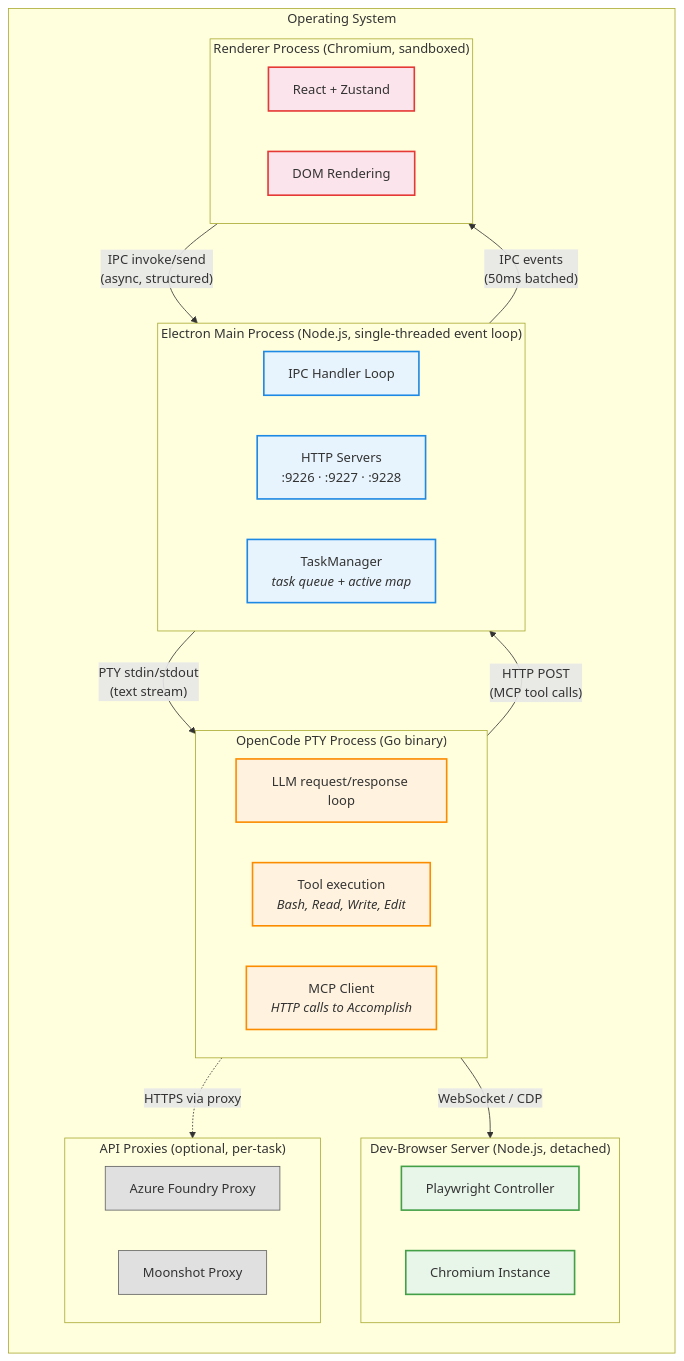
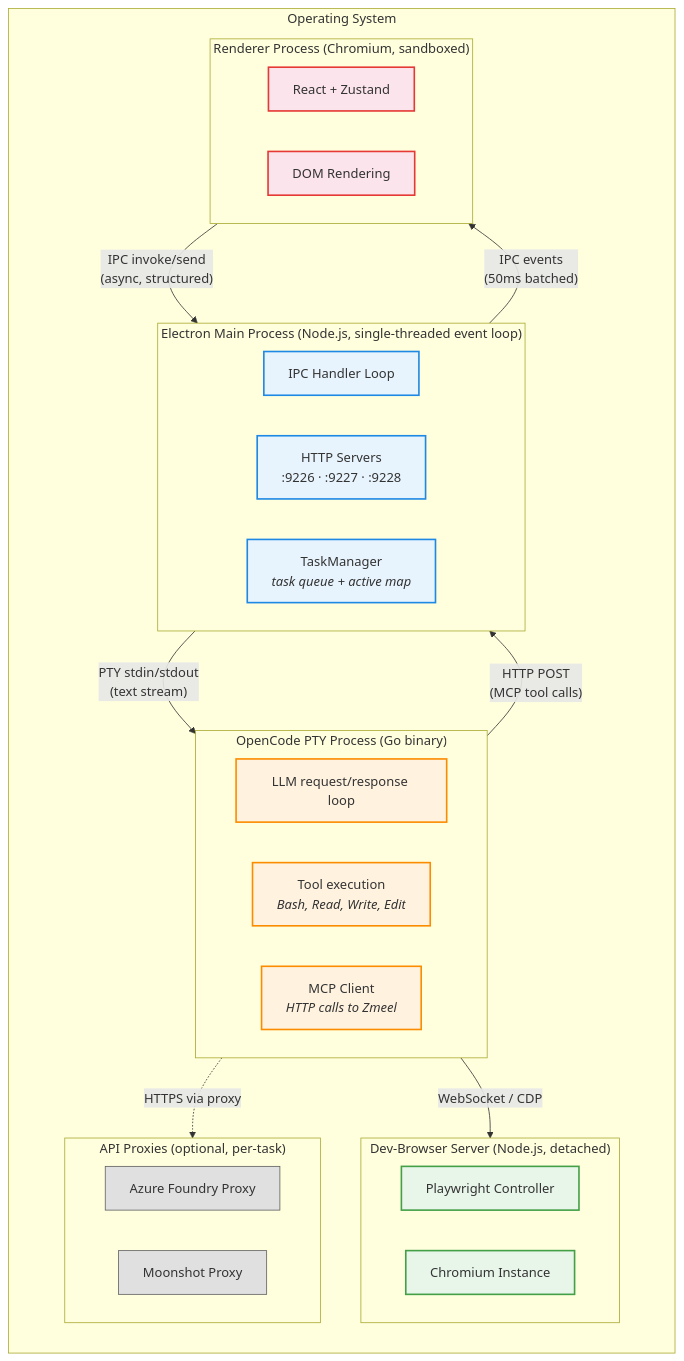
Before and after one commit to samskipsai/zmeelv60: the first of 6 diagrams in docs/concurrency-viewpoint.md, drawn with Mermaid. The commit also changed other lines of this file and 520 other files, not shown here.

First line of the commit message:
rebrand: Accomplish -> Zmeel Desktop

````diff
--- a/docs/concurrency-viewpoint.md
+++ b/docs/concurrency-viewpoint.md
@@ -14,58 +14,58 @@
 ```mermaid
 graph TB
   subgraph OS["Operating System"]
     direction TB
 
     subgraph ELECTRON_PROC["Electron Main Process  (Node.js, single-threaded event loop)"]
       direction LR
       IPC_LOOP["IPC Handler Loop"]
       HTTP_SERVERS["HTTP Servers<br/>:9226 · :9227 · :9228"]
       TASK_MGR["TaskManager<br/><i>task queue + active map</i>"]
     end
 
     subgraph RENDERER_PROC["Renderer Process  (Chromium, sandboxed)"]
       direction LR
       REACT["React + Zustand"]
       DOM["DOM Rendering"]
     end
 
     subgraph PTY_PROC["OpenCode PTY Process  (Go binary)"]
       direction LR
       LLM_LOOP["LLM request/response loop"]
       TOOL_EXEC["Tool execution<br/><i>Bash, Read, Write, Edit</i>"]
-      MCP_CLIENT["MCP Client<br/><i>HTTP calls to Accomplish</i>"]
+      MCP_CLIENT["MCP Client<br/><i>HTTP calls to Zmeel</i>"]
     end
 
     subgraph BROWSER_PROC["Dev-Browser Server  (Node.js, detached)"]
       direction LR
       PW["Playwright Controller"]
       CHROMIUM["Chromium Instance"]
     end
 
     subgraph PROXY_PROCS["API Proxies  (optional, per-task)"]
       AZ["Azure Foundry Proxy"]
       MOON["Moonshot Proxy"]
     end
   end
 
   RENDERER_PROC -->|"IPC invoke/send<br/>(async, structured)"| ELECTRON_PROC
   ELECTRON_PROC -->|"IPC events<br/>(50ms batched)"| RENDERER_PROC
 
   ELECTRON_PROC -->|"PTY stdin/stdout<br/>(text stream)"| PTY_PROC
   PTY_PROC -->|"HTTP POST<br/>(MCP tool calls)"| HTTP_SERVERS
 
   PTY_PROC -->|"WebSocket / CDP"| BROWSER_PROC
   PTY_PROC -.->|"HTTPS via proxy"| PROXY_PROCS
 
   classDef electron fill:#e8f4fd,stroke:#1e88e5,stroke-width:2px
   classDef renderer fill:#fce4ec,stroke:#e53935,stroke-width:2px
   classDef pty fill:#fff3e0,stroke:#fb8c00,stroke-width:2px
   classDef browser fill:#e8f5e9,stroke:#43a047,stroke-width:2px
   classDef proxy fill:#e0e0e0,stroke:#616161
 
   class IPC_LOOP,HTTP_SERVERS,TASK_MGR electron
   class REACT,DOM renderer
   class LLM_LOOP,TOOL_EXEC,MCP_CLIENT pty
   class PW,CHROMIUM browser
   class AZ,MOON proxy
 ```
````
